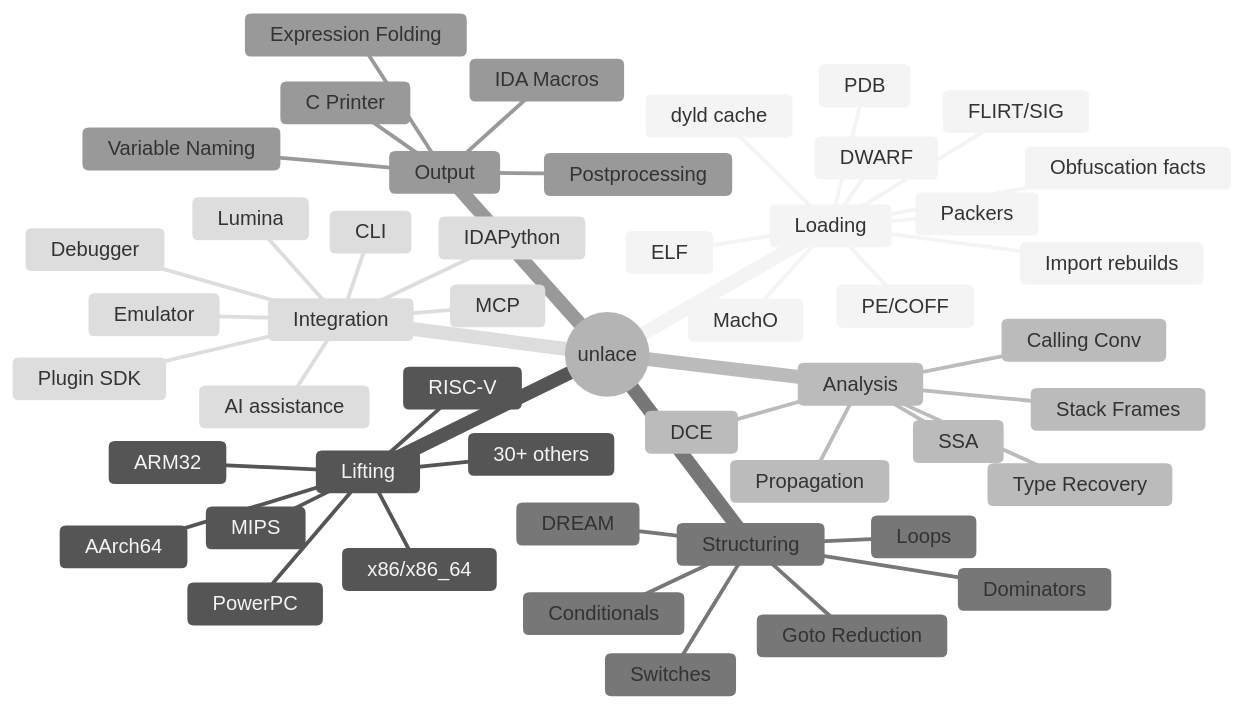
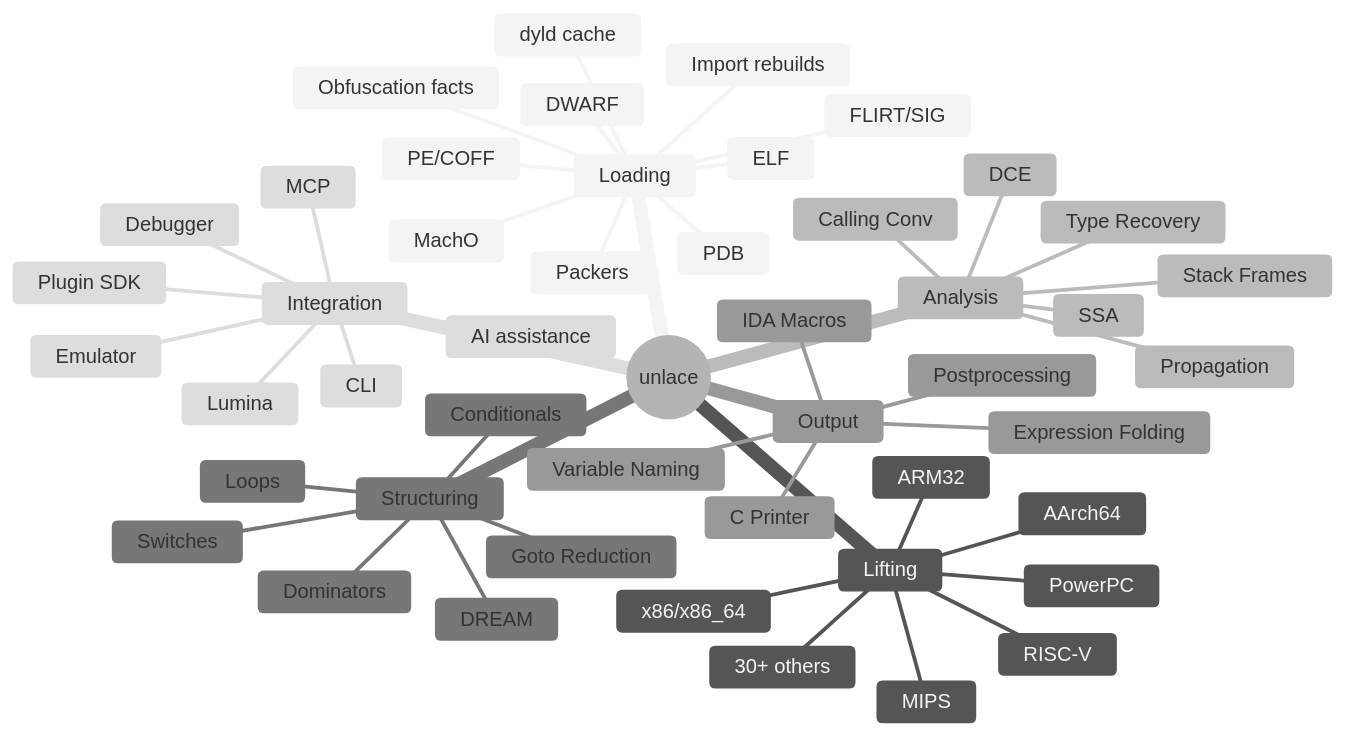
One commit to coleleavitt/unlace changed diagram 12 of 12 in ARCHITECTURE.md. Above: the diagram before and after it, drawn with Mermaid (neutral theme). The commit also changed other lines of this file and 13 other files, not shown here.

````diff
--- a/ARCHITECTURE.md
+++ b/ARCHITECTURE.md
@@ -529,52 +529,51 @@
 ```mermaid
 mindmap
     root((unlace))
         Loading
             ELF
             PE/COFF
             MachO
             dyld cache
             DWARF
             PDB
             FLIRT/SIG
             Packers
             Import rebuilds
             Obfuscation facts
         Lifting
             x86/x86_64
             AArch64
             ARM32
             MIPS
             RISC-V
             PowerPC
             30+ others
         Analysis
             SSA
             Propagation
             DCE
             Type Recovery
             Stack Frames
             Calling Conv
         Structuring
             Dominators
             Loops
             Conditionals
             Switches
             DREAM
             Goto Reduction
         Output
             C Printer
             Expression Folding
             Variable Naming
             IDA Macros
             Postprocessing
         Integration
             CLI
-            IDAPython
             Debugger
             Emulator
             Lumina
             Plugin SDK
             MCP
             AI assistance
 ```
````
